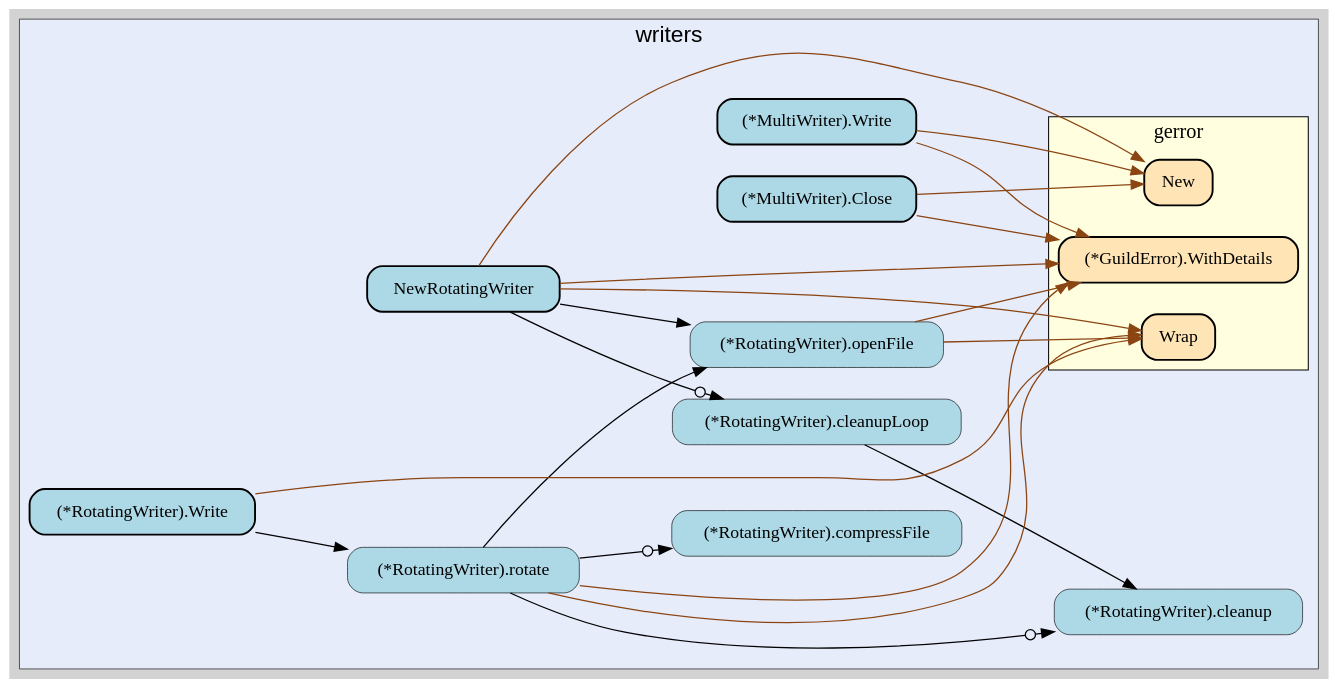
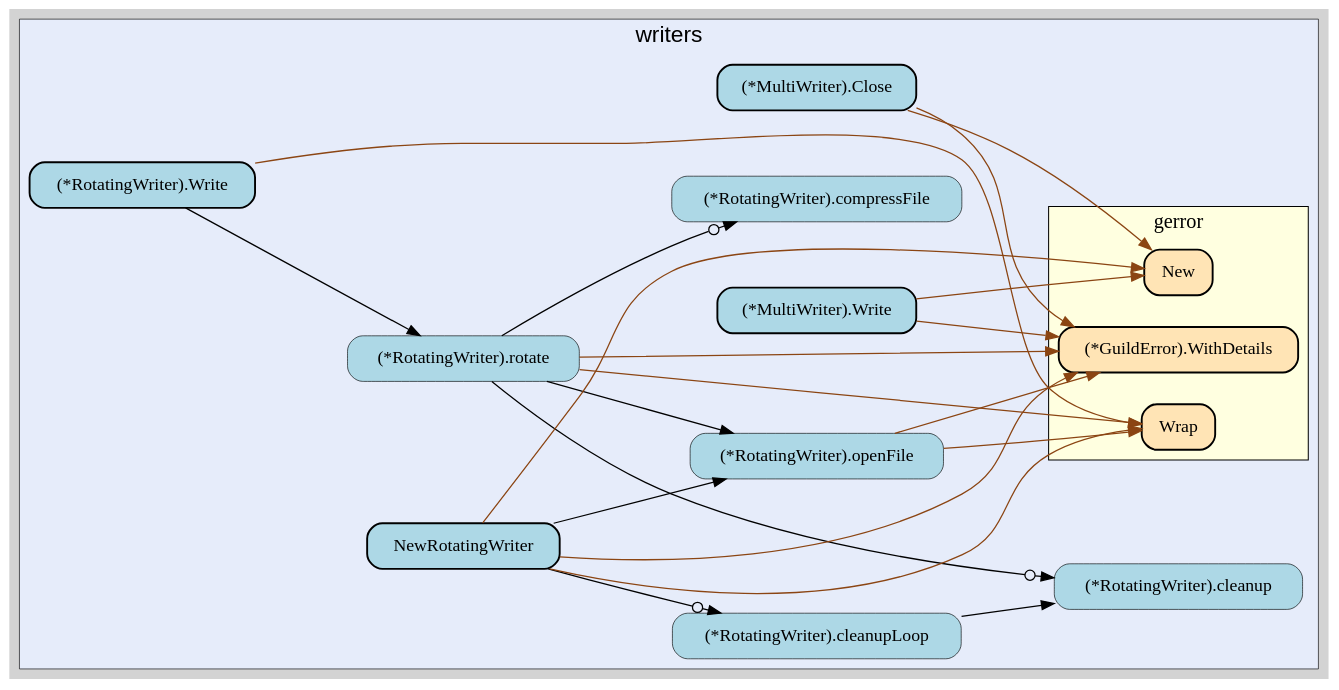
One commit to lancekrogers/guild-core changed the diagram in docs/images/callgraphs/pkg-logging-writers.gv. Above: the diagram before and after it, drawn with Graphviz. The commit also changed 421 other files, not shown here.

```diff
--- a/docs/images/callgraphs/pkg-logging-writers.gv
+++ b/docs/images/callgraphs/pkg-logging-writers.gv
@@ -14,34 +14,34 @@
     edge [minlen="2"]
 
     subgraph "cluster_focus" {
-        bgcolor="#e6ecfa";
-label="writers";
+        label="writers";
 labelloc="t";
 labeljust="c";
 fontsize="18";
+bgcolor="#e6ecfa";
         
-        "(*github.com/guild-framework/guild-core/pkg/logging/writers.RotatingWriter).openFile" [ fillcolor="lightblue" label="(*RotatingWriter).openFile" penwidth="0.5" tooltip="(*github.com/guild-framework/guild-core/pkg/logging/writers.RotatingWriter).openFile | defined in rotating.go:99\nat rotating.go:110: calling [github.com/guild-framework/guild-core/pkg/gerror.Wrap]\nat rotating.go:111: calling [(*github.com/guild-framework/guild-core/pkg/gerror.GuildError).WithDetails]" ]
-        "(*github.com/guild-framework/guild-core/pkg/logging/writers.MultiWriter).Close" [ fillcolor="lightblue" label="(*MultiWriter).Close" penwidth="1.5" tooltip="(*github.com/guild-framework/guild-core/pkg/logging/writers.MultiWriter).Close | defined in multi.go:69\nat multi.go:84: calling [(*github.com/guild-framework/guild-core/pkg/gerror.GuildError).WithDetails]\nat multi.go:83: calling [github.com/guild-framework/guild-core/pkg/gerror.New]" ]
-        "(*github.com/guild-framework/guild-core/pkg/logging/writers.RotatingWriter).cleanupLoop" [ tooltip="(*github.com/guild-framework/guild-core/pkg/logging/writers.RotatingWriter).cleanupLoop | defined in rotating.go:252\nat rotating.go:257: calling [(*github.com/guild-framework/guild-core/pkg/logging/writers.RotatingWriter).cleanup]" fillcolor="lightblue" label="(*RotatingWriter).cleanupLoop" penwidth="0.5" ]
-        "(*github.com/guild-framework/guild-core/pkg/logging/writers.RotatingWriter).cleanup" [ fillcolor="lightblue" label="(*RotatingWriter).cleanup" penwidth="0.5" tooltip="(*github.com/guild-framework/guild-core/pkg/logging/writers.RotatingWriter).cleanup | defined in rotating.go:196" ]
-        "github.com/guild-framework/guild-core/pkg/logging/writers.NewRotatingWriter" [ fillcolor="lightblue" label="NewRotatingWriter" penwidth="1.5" tooltip="github.com/guild-framework/guild-core/pkg/logging/writers.NewRotatingWriter | defined in rotating.go:31\nat rotating.go:55: calling [(*github.com/guild-framework/guild-core/pkg/logging/writers.RotatingWriter).openFile]\nat rotating.go:33: calling [github.com/guild-framework/guild-core/pkg/gerror.New]\nat rotating.go:41: calling [github.com/guild-framework/guild-core/pkg/gerror.Wrap]\nat rotating.go:42: calling [(*github.com/guild-framework/guild-core/pkg/gerror.GuildError).WithDetails]\nat rotating.go:60: calling [(*github.com/guild-framework/guild-core/pkg/logging/writers.RotatingWriter).cleanupLoop]" ]
-        "(*github.com/guild-framework/guild-core/pkg/logging/writers.RotatingWriter).rotate" [ penwidth="0.5" tooltip="(*github.com/guild-framework/guild-core/pkg/logging/writers.RotatingWriter).rotate | defined in rotating.go:119\nat rotating.go:123: calling [github.com/guild-framework/guild-core/pkg/gerror.Wrap]\nat rotating.go:137: calling [github.com/guild-framework/guild-core/pkg/gerror.Wrap]\nat rotating.go:148: calling [(*github.com/guild-framework/guild-core/pkg/logging/writers.RotatingWriter).openFile]\nat rotating.go:144: calling [(*github.com/guild-framework/guild-core/pkg/logging/writers.RotatingWriter).compressFile]\nat rotating.go:156: calling [(*github.com/guild-framework/guild-core/pkg/logging/writers.RotatingWriter).cleanup]\nat rotating.go:138: calling [(*github.com/guild-framework/guild-core/pkg/gerror.GuildError).WithDetails]\nat rotating.go:139: calling [(*github.com/guild-framework/guild-core/pkg/gerror.GuildError).WithDetails]" fillcolor="lightblue" label="(*RotatingWriter).rotate" ]
+        "(*github.com/guild-framework/guild-core/pkg/logging/writers.RotatingWriter).rotate" [ fillcolor="lightblue" label="(*RotatingWriter).rotate" penwidth="0.5" tooltip="(*github.com/guild-framework/guild-core/pkg/logging/writers.RotatingWriter).rotate | defined in rotating.go:119\nat rotating.go:148: calling [(*github.com/guild-framework/guild-core/pkg/logging/writers.RotatingWriter).openFile]\nat rotating.go:156: calling [(*github.com/guild-framework/guild-core/pkg/logging/writers.RotatingWriter).cleanup]\nat rotating.go:138: calling [(*github.com/guild-framework/guild-core/pkg/gerror.GuildError).WithDetails]\nat rotating.go:139: calling [(*github.com/guild-framework/guild-core/pkg/gerror.GuildError).WithDetails]\nat rotating.go:123: calling [github.com/guild-framework/guild-core/pkg/gerror.Wrap]\nat rotating.go:137: calling [github.com/guild-framework/guild-core/pkg/gerror.Wrap]\nat rotating.go:144: calling [(*github.com/guild-framework/guild-core/pkg/logging/writers.RotatingWriter).compressFile]" ]
         "(*github.com/guild-framework/guild-core/pkg/logging/writers.RotatingWriter).compressFile" [ fillcolor="lightblue" label="(*RotatingWriter).compressFile" penwidth="0.5" tooltip="(*github.com/guild-framework/guild-core/pkg/logging/writers.RotatingWriter).compressFile | defined in rotating.go:162" ]
-        "(*github.com/guild-framework/guild-core/pkg/logging/writers.RotatingWriter).Write" [ fillcolor="lightblue" label="(*RotatingWriter).Write" penwidth="1.5" tooltip="(*github.com/guild-framework/guild-core/pkg/logging/writers.RotatingWriter).Write | defined in rotating.go:66\nat rotating.go:72: calling [(*github.com/guild-framework/guild-core/pkg/logging/writers.RotatingWriter).rotate]\nat rotating.go:73: calling [github.com/guild-framework/guild-core/pkg/gerror.Wrap]\nat rotating.go:80: calling [github.com/guild-framework/guild-core/pkg/gerror.Wrap]" ]
-        "(*github.com/guild-framework/guild-core/pkg/logging/writers.MultiWriter).Write" [ tooltip="(*github.com/guild-framework/guild-core/pkg/logging/writers.MultiWriter).Write | defined in multi.go:24\nat multi.go:41: calling [(*github.com/guild-framework/guild-core/pkg/gerror.GuildError).WithDetails]\nat multi.go:40: calling [github.com/guild-framework/guild-core/pkg/gerror.New]" fillcolor="lightblue" label="(*MultiWriter).Write" penwidth="1.5" ]
+        "(*github.com/guild-framework/guild-core/pkg/logging/writers.RotatingWriter).openFile" [ penwidth="0.5" tooltip="(*github.com/guild-framework/guild-core/pkg/logging/writers.RotatingWriter).openFile | defined in rotating.go:99\nat rotating.go:111: calling [(*github.com/guild-framework/guild-core/pkg/gerror.GuildError).WithDetails]\nat rotating.go:110: calling [github.com/guild-framework/guild-core/pkg/gerror.Wrap]" fillcolor="lightblue" label="(*RotatingWriter).openFile" ]
+        "(*github.com/guild-framework/guild-core/pkg/logging/writers.RotatingWriter).cleanup" [ label="(*RotatingWriter).cleanup" penwidth="0.5" tooltip="(*github.com/guild-framework/guild-core/pkg/logging/writers.RotatingWriter).cleanup | defined in rotating.go:196" fillcolor="lightblue" ]
+        "(*github.com/guild-framework/guild-core/pkg/logging/writers.RotatingWriter).Write" [ fillcolor="lightblue" label="(*RotatingWriter).Write" penwidth="1.5" tooltip="(*github.com/guild-framework/guild-core/pkg/logging/writers.RotatingWriter).Write | defined in rotating.go:66\nat rotating.go:73: calling [github.com/guild-framework/guild-core/pkg/gerror.Wrap]\nat rotating.go:80: calling [github.com/guild-framework/guild-core/pkg/gerror.Wrap]\nat rotating.go:72: calling [(*github.com/guild-framework/guild-core/pkg/logging/writers.RotatingWriter).rotate]" ]
+        "(*github.com/guild-framework/guild-core/pkg/logging/writers.MultiWriter).Write" [ fillcolor="lightblue" label="(*MultiWriter).Write" penwidth="1.5" tooltip="(*github.com/guild-framework/guild-core/pkg/logging/writers.MultiWriter).Write | defined in multi.go:24\nat multi.go:40: calling [github.com/guild-framework/guild-core/pkg/gerror.New]\nat multi.go:41: calling [(*github.com/guild-framework/guild-core/pkg/gerror.GuildError).WithDetails]" ]
+        "(*github.com/guild-framework/guild-core/pkg/logging/writers.RotatingWriter).cleanupLoop" [ fillcolor="lightblue" label="(*RotatingWriter).cleanupLoop" penwidth="0.5" tooltip="(*github.com/guild-framework/guild-core/pkg/logging/writers.RotatingWriter).cleanupLoop | defined in rotating.go:252\nat rotating.go:257: calling [(*github.com/guild-framework/guild-core/pkg/logging/writers.RotatingWriter).cleanup]" ]
+        "github.com/guild-framework/guild-core/pkg/logging/writers.NewRotatingWriter" [ tooltip="github.com/guild-framework/guild-core/pkg/logging/writers.NewRotatingWriter | defined in rotating.go:31\nat rotating.go:55: calling [(*github.com/guild-framework/guild-core/pkg/logging/writers.RotatingWriter).openFile]\nat rotating.go:60: calling [(*github.com/guild-framework/guild-core/pkg/logging/writers.RotatingWriter).cleanupLoop]\nat rotating.go:33: calling [github.com/guild-framework/guild-core/pkg/gerror.New]\nat rotating.go:42: calling [(*github.com/guild-framework/guild-core/pkg/gerror.GuildError).WithDetails]\nat rotating.go:41: calling [github.com/guild-framework/guild-core/pkg/gerror.Wrap]" fillcolor="lightblue" label="NewRotatingWriter" penwidth="1.5" ]
+        "(*github.com/guild-framework/guild-core/pkg/logging/writers.MultiWriter).Close" [ tooltip="(*github.com/guild-framework/guild-core/pkg/logging/writers.MultiWriter).Close | defined in multi.go:69\nat multi.go:84: calling [(*github.com/guild-framework/guild-core/pkg/gerror.GuildError).WithDetails]\nat multi.go:83: calling [github.com/guild-framework/guild-core/pkg/gerror.New]" fillcolor="lightblue" label="(*MultiWriter).Close" penwidth="1.5" ]
         
         subgraph "cluster_github.com/guild-framework/guild-core/pkg/gerror" {
         penwidth="0.8";
 fontsize="16";
+fillcolor="lightyellow";
+fontname="Tahoma bold";
 rank="sink";
 URL="/?f=github.com/guild-framework/guild-core/pkg/gerror";
+tooltip="package: github.com/guild-framework/guild-core/pkg/gerror";
 style="filled";
-fillcolor="lightyellow";
-fontname="Tahoma bold";
 label="gerror";
-tooltip="package: github.com/guild-framework/guild-core/pkg/gerror";
         
-        "github.com/guild-framework/guild-core/pkg/gerror.Wrap" [ label="Wrap" penwidth="1.5" tooltip="github.com/guild-framework/guild-core/pkg/gerror.Wrap | defined in errors.go:223" fillcolor="moccasin" ]
+        "github.com/guild-framework/guild-core/pkg/gerror.Wrap" [ penwidth="1.5" tooltip="github.com/guild-framework/guild-core/pkg/gerror.Wrap | defined in errors.go:223" fillcolor="moccasin" label="Wrap" ]
         "(*github.com/guild-framework/guild-core/pkg/gerror.GuildError).WithDetails" [ fillcolor="moccasin" label="(*GuildError).WithDetails" penwidth="1.5" tooltip="(*github.com/guild-framework/guild-core/pkg/gerror.GuildError).WithDetails | defined in errors.go:147" ]
         "github.com/guild-framework/guild-core/pkg/gerror.New" [ fillcolor="moccasin" label="New" penwidth="1.5" tooltip="github.com/guild-framework/guild-core/pkg/gerror.New | defined in errors.go:190" ]
         
@@ -49,23 +49,23 @@
 
     }
 
+    "(*github.com/guild-framework/guild-core/pkg/logging/writers.RotatingWriter).rotate" -> "(*github.com/guild-framework/guild-core/pkg/logging/writers.RotatingWriter).openFile" [ tooltip="at rotating.go:148: calling [(*github.com/guild-framework/guild-core/pkg/logging/writers.RotatingWriter).openFile]" ]
+    "(*github.com/guild-framework/guild-core/pkg/logging/writers.RotatingWriter).rotate" -> "(*github.com/guild-framework/guild-core/pkg/logging/writers.RotatingWriter).cleanup" [ arrowhead="normalnoneodot" tooltip="at rotating.go:156: calling [(*github.com/guild-framework/guild-core/pkg/logging/writers.RotatingWriter).cleanup]" ]
+    "(*github.com/guild-framework/guild-core/pkg/logging/writers.MultiWriter).Write" -> "github.com/guild-framework/guild-core/pkg/gerror.New" [ color="saddlebrown" tooltip="at multi.go:40: calling [github.com/guild-framework/guild-core/pkg/gerror.New]" ]
+    "(*github.com/guild-framework/guild-core/pkg/logging/writers.RotatingWriter).cleanupLoop" -> "(*github.com/guild-framework/guild-core/pkg/logging/writers.RotatingWriter).cleanup" [ tooltip="at rotating.go:257: calling [(*github.com/guild-framework/guild-core/pkg/logging/writers.RotatingWriter).cleanup]" ]
     "github.com/guild-framework/guild-core/pkg/logging/writers.NewRotatingWriter" -> "(*github.com/guild-framework/guild-core/pkg/logging/writers.RotatingWriter).openFile" [ tooltip="at rotating.go:55: calling [(*github.com/guild-framework/guild-core/pkg/logging/writers.RotatingWriter).openFile]" ]
-    "(*github.com/guild-framework/guild-core/pkg/logging/writers.RotatingWriter).rotate" -> "github.com/guild-framework/guild-core/pkg/gerror.Wrap" [ color="saddlebrown" tooltip="at rotating.go:123: calling [github.com/guild-framework/guild-core/pkg/gerror.Wrap]\nat rotating.go:137: calling [github.com/guild-framework/guild-core/pkg/gerror.Wrap]" ]
-    "(*github.com/guild-framework/guild-core/pkg/logging/writers.RotatingWriter).rotate" -> "(*github.com/guild-framework/guild-core/pkg/logging/writers.RotatingWriter).openFile" [ tooltip="at rotating.go:148: calling [(*github.com/guild-framework/guild-core/pkg/logging/writers.RotatingWriter).openFile]" ]
+    "github.com/guild-framework/guild-core/pkg/logging/writers.NewRotatingWriter" -> "(*github.com/guild-framework/guild-core/pkg/logging/writers.RotatingWriter).cleanupLoop" [ arrowhead="normalnoneodot" tooltip="at rotating.go:60: calling [(*github.com/guild-framework/guild-core/pkg/logging/writers.RotatingWriter).cleanupLoop]" ]
+    "(*github.com/guild-framework/guild-core/pkg/logging/writers.RotatingWriter).openFile" -> "(*github.com/guild-framework/guild-core/pkg/gerror.GuildError).WithDetails" [ color="saddlebrown" tooltip="at rotating.go:111: calling [(*github.com/guild-framework/guild-core/pkg/gerror.GuildError).WithDetails]" ]
+    "(*github.com/guild-framework/guild-core/pkg/logging/writers.RotatingWriter).Write" -> "github.com/guild-framework/guild-core/pkg/gerror.Wrap" [ color="saddlebrown" tooltip="at rotating.go:73: calling [github.com/guild-framework/guild-core/pkg/gerror.Wrap]\nat rotating.go:80: calling [github.com/guild-framework/guild-core/pkg/gerror.Wrap]" ]
+    "(*github.com/guild-framework/guild-core/pkg/logging/writers.MultiWriter).Write" -> "(*github.com/guild-framework/guild-core/pkg/gerror.GuildError).WithDetails" [ color="saddlebrown" tooltip="at multi.go:41: calling [(*github.com/guild-framework/guild-core/pkg/gerror.GuildError).WithDetails]" ]
+    "github.com/guild-framework/guild-core/pkg/logging/writers.NewRotatingWriter" -> "github.com/guild-framework/guild-core/pkg/gerror.New" [ color="saddlebrown" tooltip="at rotating.go:33: calling [github.com/guild-framework/guild-core/pkg/gerror.New]" ]
+    "github.com/guild-framework/guild-core/pkg/logging/writers.NewRotatingWriter" -> "(*github.com/guild-framework/guild-core/pkg/gerror.GuildError).WithDetails" [ color="saddlebrown" tooltip="at rotating.go:42: calling [(*github.com/guild-framework/guild-core/pkg/gerror.GuildError).WithDetails]" ]
+    "(*github.com/guild-framework/guild-core/pkg/logging/writers.MultiWriter).Close" -> "(*github.com/guild-framework/guild-core/pkg/gerror.GuildError).WithDetails" [ color="saddlebrown" tooltip="at multi.go:84: calling [(*github.com/guild-framework/guild-core/pkg/gerror.GuildError).WithDetails]" ]
+    "(*github.com/guild-framework/guild-core/pkg/logging/writers.RotatingWriter).rotate" -> "(*github.com/guild-framework/guild-core/pkg/gerror.GuildError).WithDetails" [ color="saddlebrown" tooltip="at rotating.go:138: calling [(*github.com/guild-framework/guild-core/pkg/gerror.GuildError).WithDetails]\nat rotating.go:139: calling [(*github.com/guild-framework/guild-core/pkg/gerror.GuildError).WithDetails]" ]
+    "(*github.com/guild-framework/guild-core/pkg/logging/writers.MultiWriter).Close" -> "github.com/guild-framework/guild-core/pkg/gerror.New" [ color="saddlebrown" tooltip="at multi.go:83: calling [github.com/guild-framework/guild-core/pkg/gerror.New]" ]
+    "(*github.com/guild-framework/guild-core/pkg/logging/writers.RotatingWriter).rotate" -> "github.com/guild-framework/guild-core/pkg/gerror.Wrap" [ tooltip="at rotating.go:123: calling [github.com/guild-framework/guild-core/pkg/gerror.Wrap]\nat rotating.go:137: calling [github.com/guild-framework/guild-core/pkg/gerror.Wrap]" color="saddlebrown" ]
     "(*github.com/guild-framework/guild-core/pkg/logging/writers.RotatingWriter).Write" -> "(*github.com/guild-framework/guild-core/pkg/logging/writers.RotatingWriter).rotate" [ tooltip="at rotating.go:72: calling [(*github.com/guild-framework/guild-core/pkg/logging/writers.RotatingWriter).rotate]" ]
-    "(*github.com/guild-framework/guild-core/pkg/logging/writers.RotatingWriter).Write" -> "github.com/guild-framework/guild-core/pkg/gerror.Wrap" [ color="saddlebrown" tooltip="at rotating.go:73: calling [github.com/guild-framework/guild-core/pkg/gerror.Wrap]\nat rotating.go:80: calling [github.com/guild-framework/guild-core/pkg/gerror.Wrap]" ]
-    "(*github.com/guild-framework/guild-core/pkg/logging/writers.RotatingWriter).openFile" -> "github.com/guild-framework/guild-core/pkg/gerror.Wrap" [ color="saddlebrown" tooltip="at rotating.go:110: calling [github.com/guild-framework/guild-core/pkg/gerror.Wrap]" ]
-    "(*github.com/guild-framework/guild-core/pkg/logging/writers.MultiWriter).Close" -> "(*github.com/guild-framework/guild-core/pkg/gerror.GuildError).WithDetails" [ color="saddlebrown" tooltip="at multi.go:84: calling [(*github.com/guild-framework/guild-core/pkg/gerror.GuildError).WithDetails]" ]
-    "github.com/guild-framework/guild-core/pkg/logging/writers.NewRotatingWriter" -> "github.com/guild-framework/guild-core/pkg/gerror.New" [ color="saddlebrown" tooltip="at rotating.go:33: calling [github.com/guild-framework/guild-core/pkg/gerror.New]" ]
     "github.com/guild-framework/guild-core/pkg/logging/writers.NewRotatingWriter" -> "github.com/guild-framework/guild-core/pkg/gerror.Wrap" [ color="saddlebrown" tooltip="at rotating.go:41: calling [github.com/guild-framework/guild-core/pkg/gerror.Wrap]" ]
     "(*github.com/guild-framework/guild-core/pkg/logging/writers.RotatingWriter).rotate" -> "(*github.com/guild-framework/guild-core/pkg/logging/writers.RotatingWriter).compressFile" [ arrowhead="normalnoneodot" tooltip="at rotating.go:144: calling [(*github.com/guild-framework/guild-core/pkg/logging/writers.RotatingWriter).compressFile]" ]
-    "(*github.com/guild-framework/guild-core/pkg/logging/writers.RotatingWriter).rotate" -> "(*github.com/guild-framework/guild-core/pkg/logging/writers.RotatingWriter).cleanup" [ arrowhead="normalnoneodot" tooltip="at rotating.go:156: calling [(*github.com/guild-framework/guild-core/pkg/logging/writers.RotatingWriter).cleanup]" ]
-    "(*github.com/guild-framework/guild-core/pkg/logging/writers.MultiWriter).Write" -> "(*github.com/guild-framework/guild-core/pkg/gerror.GuildError).WithDetails" [ color="saddlebrown" tooltip="at multi.go:41: calling [(*github.com/guild-framework/guild-core/pkg/gerror.GuildError).WithDetails]" ]
-    "(*github.com/guild-framework/guild-core/pkg/logging/writers.MultiWriter).Close" -> "github.com/guild-framework/guild-core/pkg/gerror.New" [ color="saddlebrown" tooltip="at multi.go:83: calling [github.com/guild-framework/guild-core/pkg/gerror.New]" ]
-    "github.com/guild-framework/guild-core/pkg/logging/writers.NewRotatingWriter" -> "(*github.com/guild-framework/guild-core/pkg/gerror.GuildError).WithDetails" [ color="saddlebrown" tooltip="at rotating.go:42: calling [(*github.com/guild-framework/guild-core/pkg/gerror.GuildError).WithDetails]" ]
-    "(*github.com/guild-framework/guild-core/pkg/logging/writers.RotatingWriter).rotate" -> "(*github.com/guild-framework/guild-core/pkg/gerror.GuildError).WithDetails" [ color="saddlebrown" tooltip="at rotating.go:138: calling [(*github.com/guild-framework/guild-core/pkg/gerror.GuildError).WithDetails]\nat rotating.go:139: calling [(*github.com/guild-framework/guild-core/pkg/gerror.GuildError).WithDetails]" ]
-    "(*github.com/guild-framework/guild-core/pkg/logging/writers.MultiWriter).Write" -> "github.com/guild-framework/guild-core/pkg/gerror.New" [ color="saddlebrown" tooltip="at multi.go:40: calling [github.com/guild-framework/guild-core/pkg/gerror.New]" ]
-    "(*github.com/guild-framework/guild-core/pkg/logging/writers.RotatingWriter).openFile" -> "(*github.com/guild-framework/guild-core/pkg/gerror.GuildError).WithDetails" [ color="saddlebrown" tooltip="at rotating.go:111: calling [(*github.com/guild-framework/guild-core/pkg/gerror.GuildError).WithDetails]" ]
-    "(*github.com/guild-framework/guild-core/pkg/logging/writers.RotatingWriter).cleanupLoop" -> "(*github.com/guild-framework/guild-core/pkg/logging/writers.RotatingWriter).cleanup" [ tooltip="at rotating.go:257: calling [(*github.com/guild-framework/guild-core/pkg/logging/writers.RotatingWriter).cleanup]" ]
-    "github.com/guild-framework/guild-core/pkg/logging/writers.NewRotatingWriter" -> "(*github.com/guild-framework/guild-core/pkg/logging/writers.RotatingWriter).cleanupLoop" [ tooltip="at rotating.go:60: calling [(*github.com/guild-framework/guild-core/pkg/logging/writers.RotatingWriter).cleanupLoop]" arrowhead="normalnoneodot" ]
+    "(*github.com/guild-framework/guild-core/pkg/logging/writers.RotatingWriter).openFile" -> "github.com/guild-framework/guild-core/pkg/gerror.Wrap" [ color="saddlebrown" tooltip="at rotating.go:110: calling [github.com/guild-framework/guild-core/pkg/gerror.Wrap]" ]
 }
```
